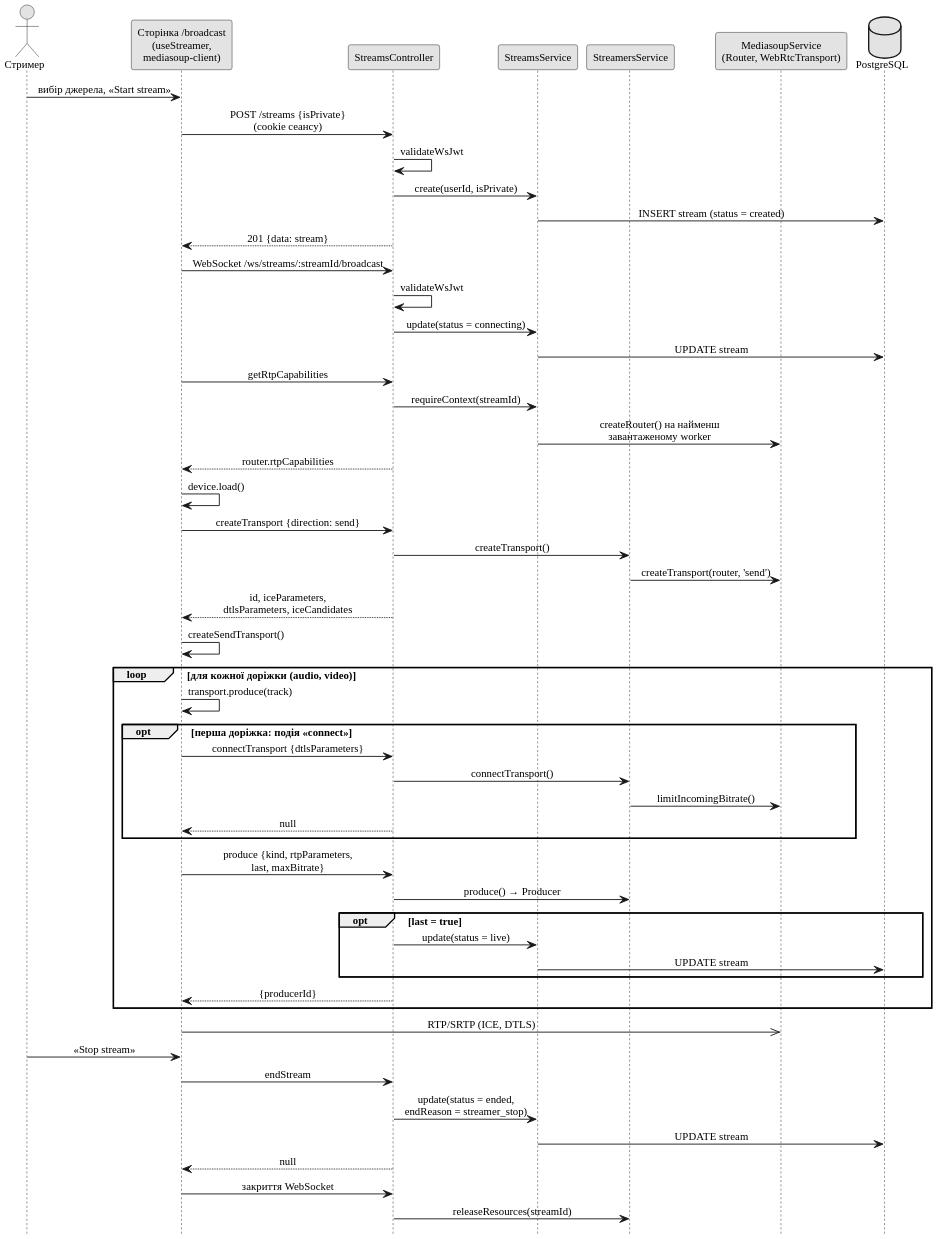
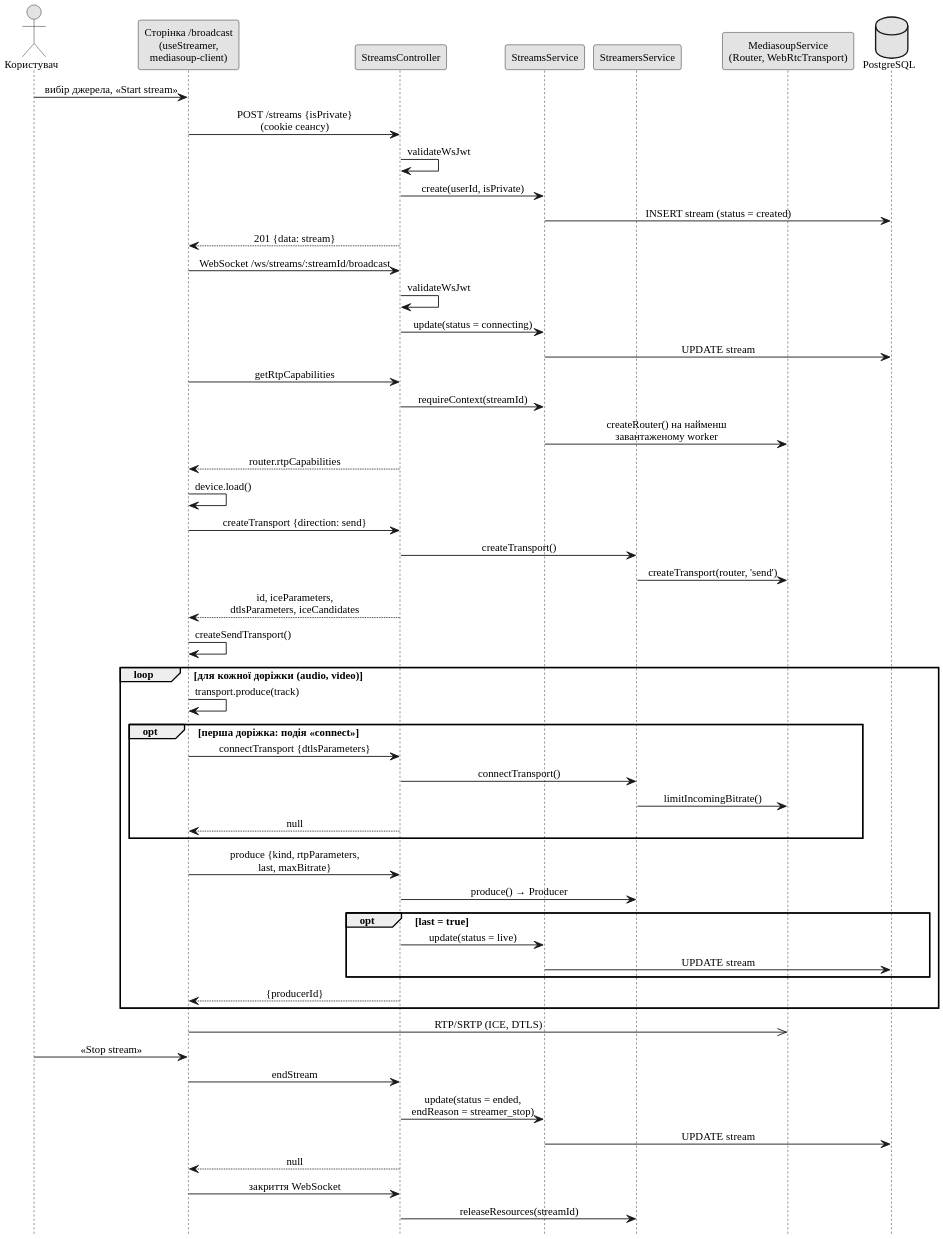
The diagram in thesis/diagrams/fig-seq-broadcast.puml (Nikitos1926/stream-share), drawn with PlantUML before and after one commit. The commit also changed 18 other files, not shown here.

```diff
--- a/thesis/diagrams/fig-seq-broadcast.puml
+++ b/thesis/diagrams/fig-seq-broadcast.puml
@@ -1,69 +1,69 @@
 @startuml
 !pragma layout smetana
 skinparam defaultFontName "Liberation Serif"
 skinparam dpi 200
 skinparam shadowing false
 skinparam monochrome true
 skinparam defaultFontSize 12
 skinparam sequenceMessageAlign center
 hide footbox
 
-actor "Стример" as U
+actor "Користувач" as U
 participant "Сторінка /broadcast\n(useStreamer,\nmediasoup-client)" as P
 participant "StreamsController" as C
 participant "StreamsService" as SS
 participant "StreamersService" as ST
 participant "MediasoupService\n(Router, WebRtcTransport)" as MS
 database "PostgreSQL" as DB
 
 U -> P : вибір джерела, «Start stream»
 P -> C : POST /streams {isPrivate}\n(cookie сеансу)
 C -> C : validateWsJwt
 C -> SS : create(userId, isPrivate)
 SS -> DB : INSERT stream (status = created)
 C --> P : 201 {data: stream}
 
 P -> C : WebSocket /ws/streams/:streamId/broadcast
 C -> C : validateWsJwt
 C -> SS : update(status = connecting)
 SS -> DB : UPDATE stream
 
 P -> C : getRtpCapabilities
 C -> SS : requireContext(streamId)
 SS -> MS : createRouter() на найменш\nзавантаженому worker
 C --> P : router.rtpCapabilities
 P -> P : device.load()
 
 P -> C : createTransport {direction: send}
 C -> ST : createTransport()
 ST -> MS : createTransport(router, 'send')
 C --> P : id, iceParameters,\ndtlsParameters, iceCandidates
 P -> P : createSendTransport()
 
 loop для кожної доріжки (audio, video)
   P -> P : transport.produce(track)
   opt перша доріжка: подія «connect»
     P -> C : connectTransport {dtlsParameters}
     C -> ST : connectTransport()
     ST -> MS : limitIncomingBitrate()
     C --> P : null
   end
   P -> C : produce {kind, rtpParameters,\nlast, maxBitrate}
   C -> ST : produce() → Producer
   opt last = true
     C -> SS : update(status = live)
     SS -> DB : UPDATE stream
   end
   C --> P : {producerId}
 end
 
 P ->> MS : RTP/SRTP (ICE, DTLS)
 
 U -> P : «Stop stream»
 P -> C : endStream
 C -> SS : update(status = ended,\nendReason = streamer_stop)
 SS -> DB : UPDATE stream
 C --> P : null
 P -> C : закриття WebSocket
 C -> ST : releaseResources(streamId)
 @enduml
```
